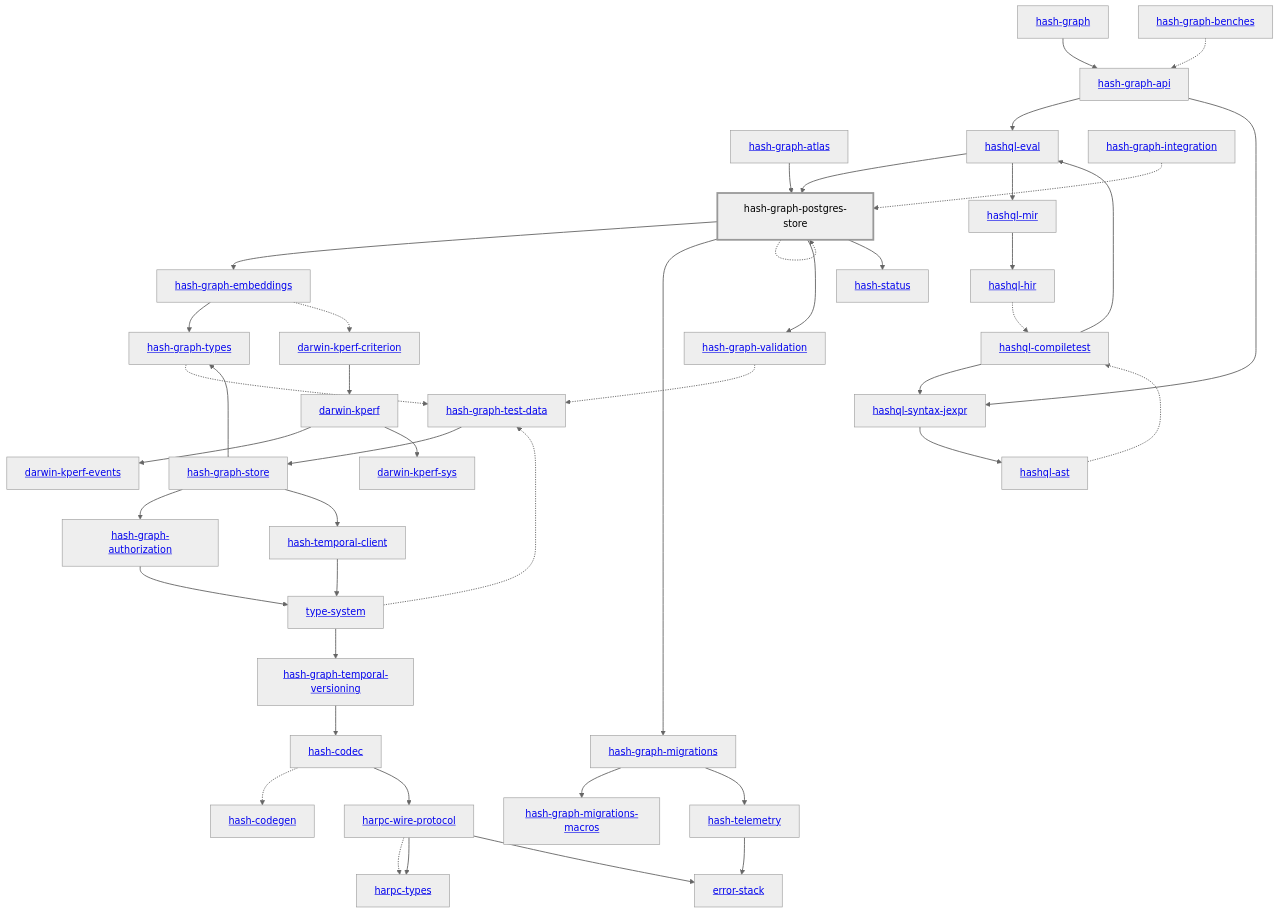
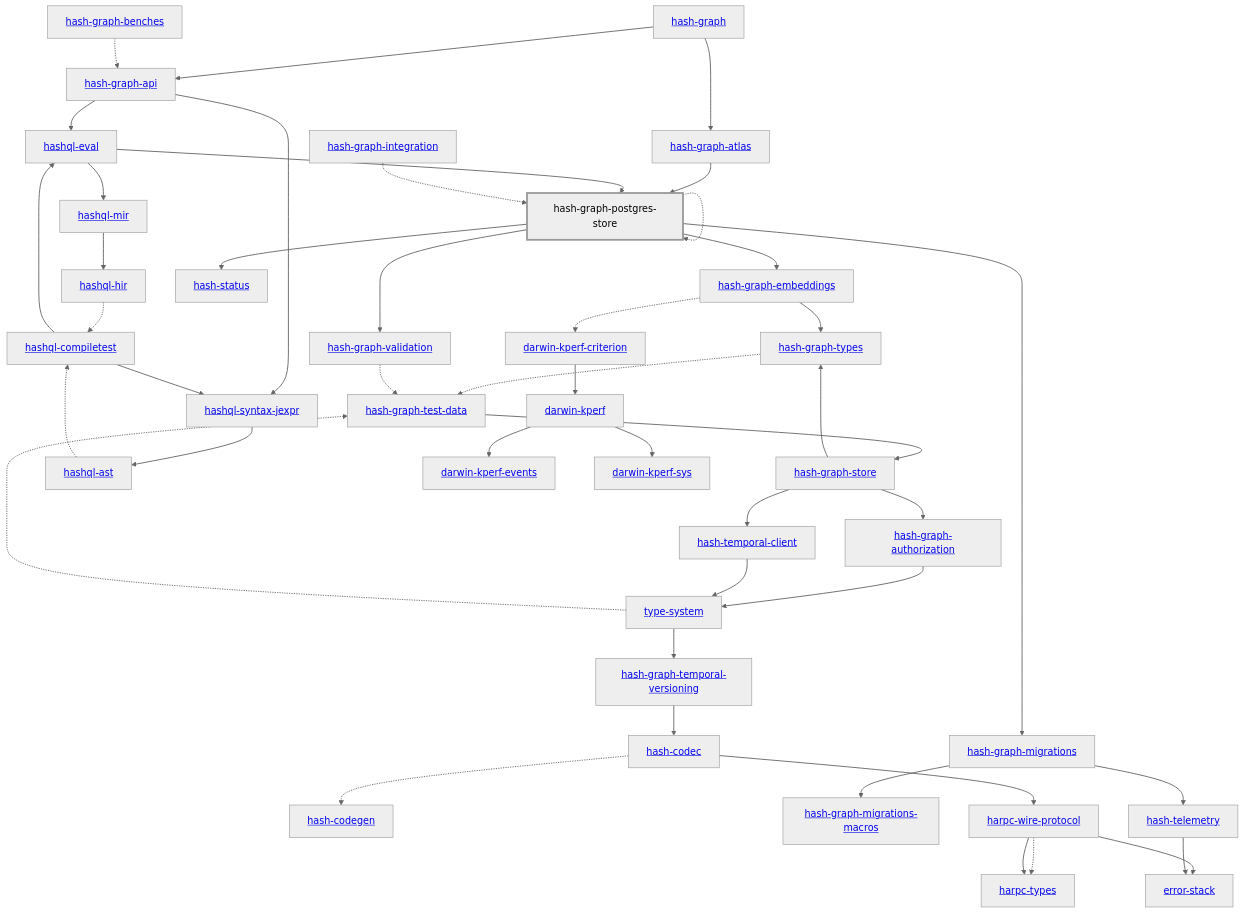
The diagram in libs/@local/graph/postgres-store/docs/dependency-diagram.mmd (hashintel/hash), drawn with Mermaid (neutral theme) before and after one commit. The commit also changed 40 other files, not shown here.

```diff
--- a/libs/@local/graph/postgres-store/docs/dependency-diagram.mmd
+++ b/libs/@local/graph/postgres-store/docs/dependency-diagram.mmd
@@ -1,88 +1,89 @@
 graph TD
     linkStyle default stroke-width:1.5px
     classDef default stroke-width:1px
     classDef root stroke-width:3px
     classDef dev stroke-width:1px
     classDef build stroke-width:1px
     %% Legend
     %% --> : Normal dependency
     %% -.-> : Dev dependency
     %% ---> : Build dependency
     0[<a href="../hash_graph/index.html">hash-graph</a>]
     1[<a href="../type_system/index.html">type-system</a>]
     2[<a href="../hash_codec/index.html">hash-codec</a>]
     3[<a href="../hash_codegen/index.html">hash-codegen</a>]
     4[<a href="../hash_graph_api/index.html">hash-graph-api</a>]
     5[<a href="../hash_graph_atlas/index.html">hash-graph-atlas</a>]
     6[<a href="../hash_graph_authorization/index.html">hash-graph-authorization</a>]
     7[<a href="../hash_graph_embeddings/index.html">hash-graph-embeddings</a>]
     8[<a href="../hash_graph_migrations/index.html">hash-graph-migrations</a>]
     9[<a href="../hash_graph_migrations_macros/index.html">hash-graph-migrations-macros</a>]
     10[hash-graph-postgres-store]
     class 10 root
     11[<a href="../hash_graph_store/index.html">hash-graph-store</a>]
     12[<a href="../hash_graph_temporal_versioning/index.html">hash-graph-temporal-versioning</a>]
     13[<a href="../hash_graph_types/index.html">hash-graph-types</a>]
     14[<a href="../hash_graph_validation/index.html">hash-graph-validation</a>]
     15[<a href="../harpc_types/index.html">harpc-types</a>]
     16[<a href="../harpc_wire_protocol/index.html">harpc-wire-protocol</a>]
     17[<a href="../hashql_ast/index.html">hashql-ast</a>]
     18[<a href="../hashql_compiletest/index.html">hashql-compiletest</a>]
     19[<a href="../hashql_eval/index.html">hashql-eval</a>]
     20[<a href="../hashql_hir/index.html">hashql-hir</a>]
     21[<a href="../hashql_mir/index.html">hashql-mir</a>]
     22[<a href="../hashql_syntax_jexpr/index.html">hashql-syntax-jexpr</a>]
     23[<a href="../hash_status/index.html">hash-status</a>]
     24[<a href="../hash_telemetry/index.html">hash-telemetry</a>]
     25[<a href="../hash_temporal_client/index.html">hash-temporal-client</a>]
     26[<a href="../darwin_kperf/index.html">darwin-kperf</a>]
     27[<a href="../darwin_kperf_criterion/index.html">darwin-kperf-criterion</a>]
     28[<a href="../darwin_kperf_events/index.html">darwin-kperf-events</a>]
     29[<a href="../darwin_kperf_sys/index.html">darwin-kperf-sys</a>]
     30[<a href="../error_stack/index.html">error-stack</a>]
     31[<a href="../hash_graph_benches/index.html">hash-graph-benches</a>]
     32[<a href="../hash_graph_integration/index.html">hash-graph-integration</a>]
     33[<a href="../hash_graph_test_data/index.html">hash-graph-test-data</a>]
     0 --> 4
+    0 --> 5
     1 --> 12
     1 -.-> 33
     2 -.-> 3
     2 --> 16
     4 --> 19
     4 --> 22
     5 --> 10
     6 --> 1
     7 --> 13
     7 -.-> 27
     8 --> 9
     8 --> 24
     10 --> 7
     10 --> 8
     10 -.-> 10
     10 --> 14
     10 --> 23
     11 --> 6
     11 --> 13
     11 --> 25
     12 --> 2
     13 -.-> 33
     14 -.-> 33
     16 -.-> 15
     16 --> 15
     16 --> 30
     17 -.-> 18
     18 --> 19
     18 --> 22
     19 --> 10
     19 --> 21
     20 -.-> 18
     21 --> 20
     22 --> 17
     24 --> 30
     25 --> 1
     26 --> 28
     26 --> 29
     27 --> 26
     31 -.-> 4
     32 -.-> 10
     33 --> 11
```
